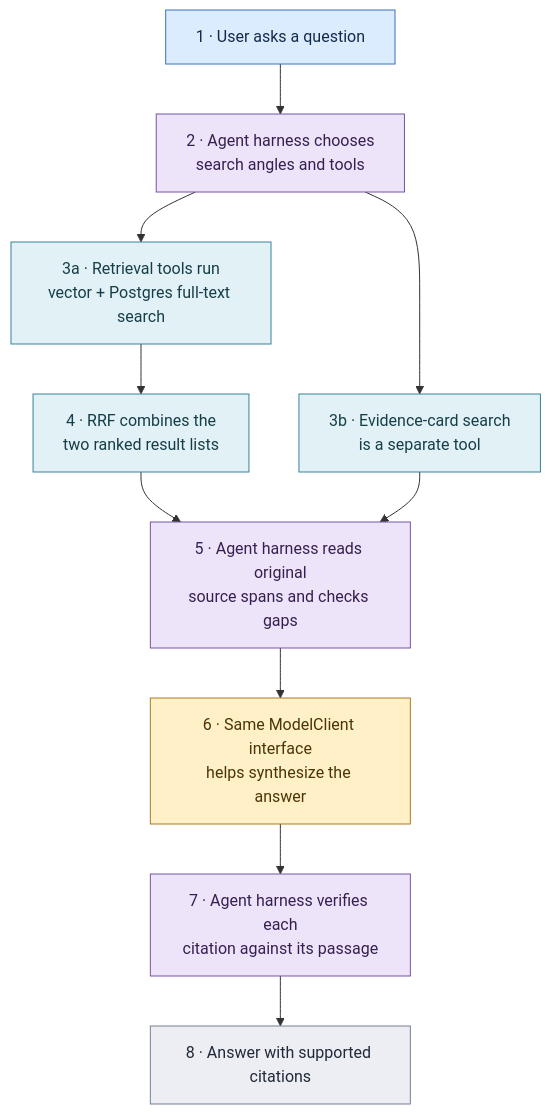
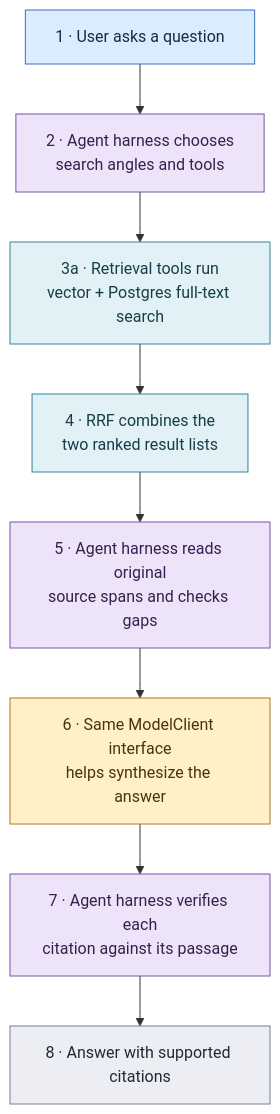
The second of 2 diagrams in SYSTEM.md (matteop92/knowledge-base-agent), drawn with Mermaid before and after one commit. The commit also changed other lines of this file and 47 other files, not shown here.

````diff
--- a/SYSTEM.md
+++ b/SYSTEM.md
@@ -45,23 +43,21 @@
 ```mermaid
 flowchart TB
     QUESTION["1 · User asks a question"] --> PLAN["2 · Agent harness chooses<br/>search angles and tools"]
     PLAN --> HYBRID["3a · Retrieval tools run<br/>vector + Postgres full-text search"]
     HYBRID --> RRF["4 · RRF combines the<br/>two ranked result lists"]
-    PLAN --> CARDSEARCH["3b · Evidence-card search<br/>is a separate tool"]
     RRF --> INSPECT["5 · Agent harness reads original<br/>source spans and checks gaps"]
-    CARDSEARCH --> INSPECT
     INSPECT --> MODEL["6 · Same ModelClient interface<br/>helps synthesize the answer"]
     MODEL --> CITE["7 · Agent harness verifies each<br/>citation against its passage"]
     CITE --> ANSWER["8 · Answer with supported citations"]
 
     classDef input fill:#dcecff,stroke:#3973b9,color:#132b48
     classDef harness fill:#eee4fa,stroke:#7752a6,color:#35204f
     classDef retrieval fill:#e1f1f5,stroke:#37839a,color:#173d49
     classDef model fill:#fff0c7,stroke:#ad7923,color:#4b330b
     classDef output fill:#eceef3,stroke:#758097,color:#202938
     class QUESTION input
     class PLAN,INSPECT,CITE harness
-    class HYBRID,RRF,CARDSEARCH retrieval
+    class HYBRID,RRF retrieval
     class MODEL model
     class ANSWER output
 ```
````
